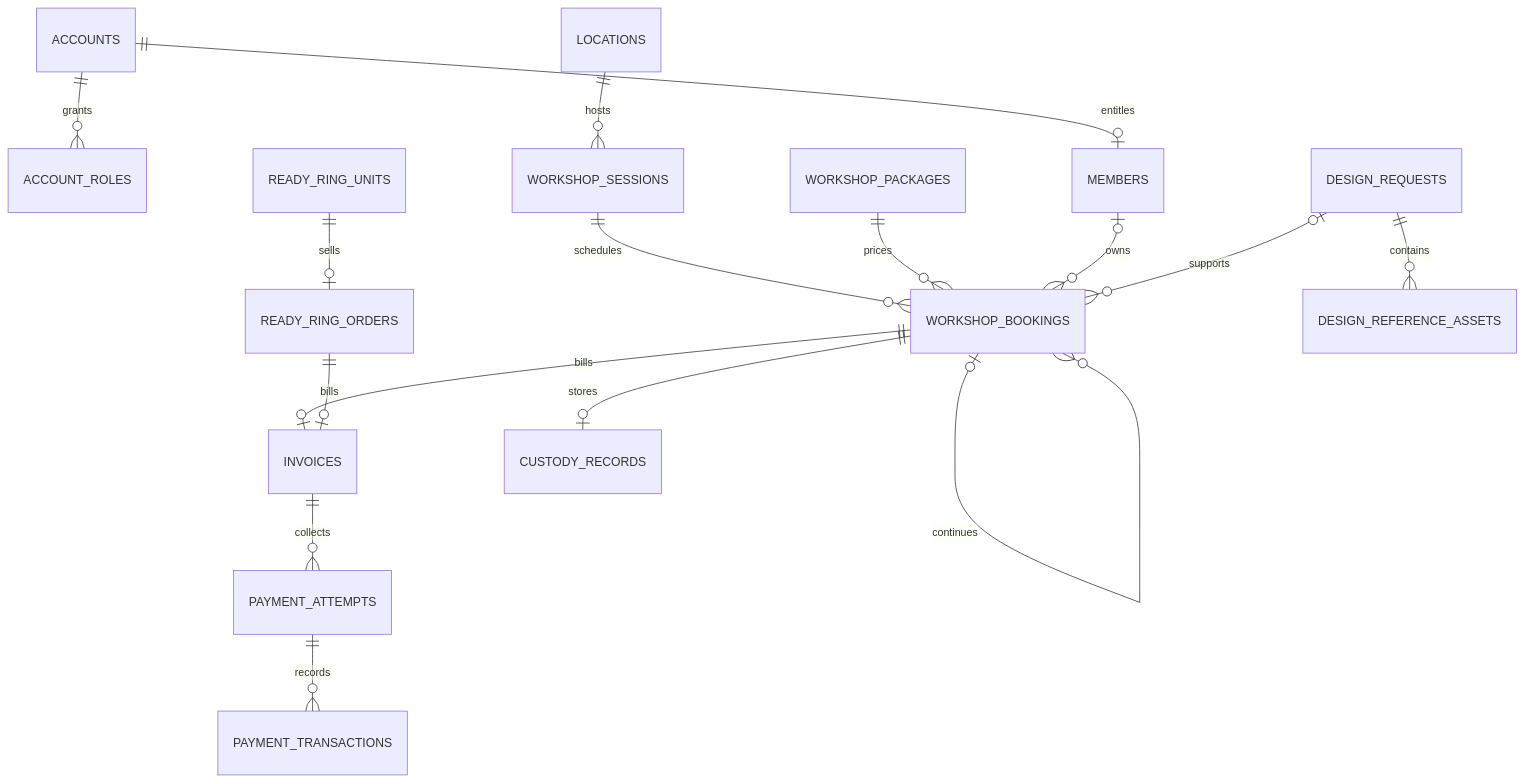
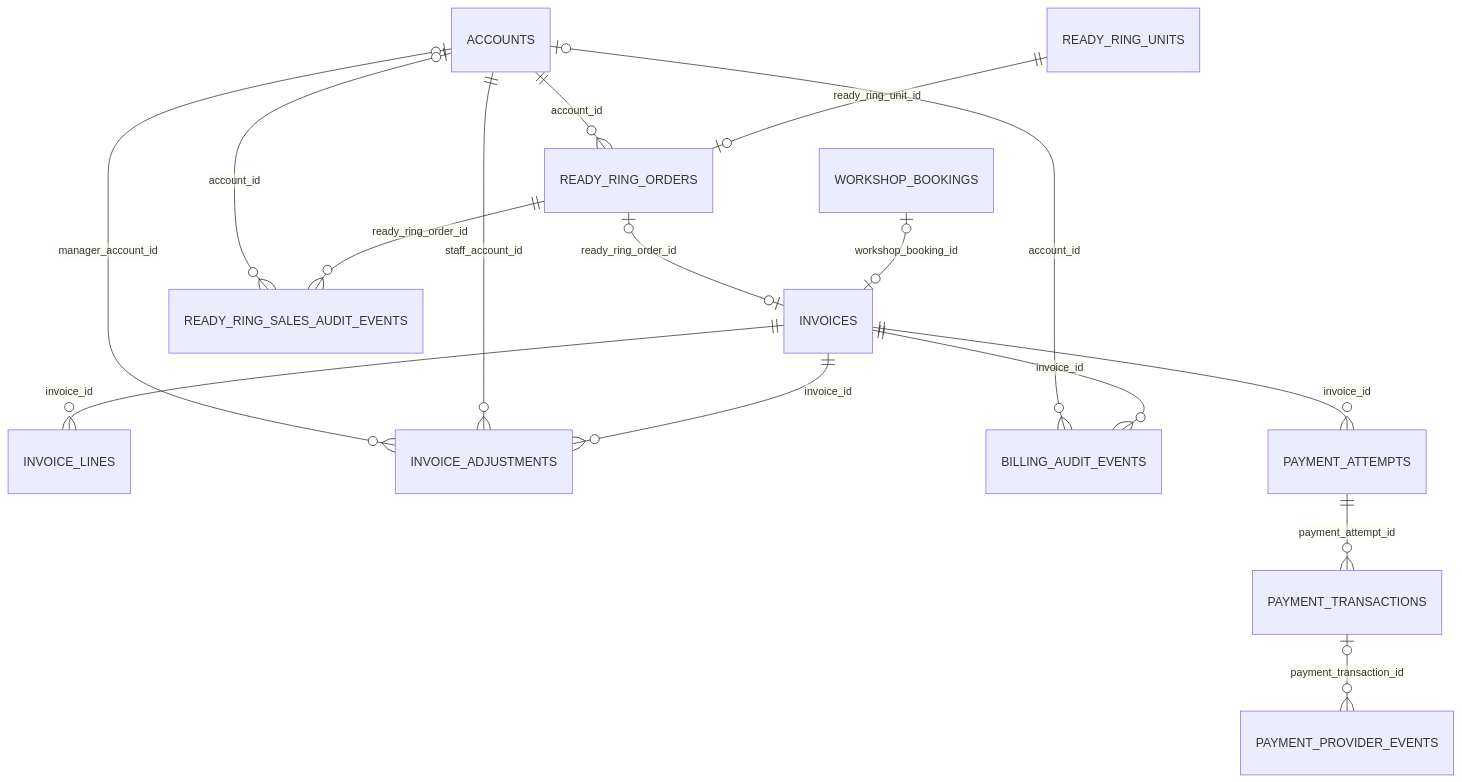
One commit to quoc-ca/mland-operations-hub changed the fifth of 7 diagrams in ppswbs-spec/DB.md. Above: the diagram before and after it, drawn with Mermaid. The commit also changed other lines of this file, not shown here.

Commit message:
Temp: redesign DB Schema

````diff
--- a/ppswbs-spec/DB.md
+++ b/ppswbs-spec/DB.md
@@ -256,18 +722,18 @@
-```mermaid
+~~~mermaid
 erDiagram
-    ACCOUNTS ||--o{ ACCOUNT_ROLES : grants
-    ACCOUNTS ||--o| MEMBERS : entitles
-    LOCATIONS ||--o{ WORKSHOP_SESSIONS : hosts
-    WORKSHOP_SESSIONS ||--o{ WORKSHOP_BOOKINGS : schedules
-    WORKSHOP_PACKAGES ||--o{ WORKSHOP_BOOKINGS : prices
-    MEMBERS o|--o{ WORKSHOP_BOOKINGS : owns
-    WORKSHOP_BOOKINGS o|--o{ WORKSHOP_BOOKINGS : continues
-    WORKSHOP_BOOKINGS ||--o| INVOICES : bills
-    READY_RING_UNITS ||--o| READY_RING_ORDERS : sells
-    READY_RING_ORDERS ||--o| INVOICES : bills
-    INVOICES ||--o{ PAYMENT_ATTEMPTS : collects
-    PAYMENT_ATTEMPTS ||--o{ PAYMENT_TRANSACTIONS : records
-    DESIGN_REQUESTS o|--o{ WORKSHOP_BOOKINGS : supports
-    DESIGN_REQUESTS ||--o{ DESIGN_REFERENCE_ASSETS : contains
-    WORKSHOP_BOOKINGS ||--o| CUSTODY_RECORDS : stores
-```
+    READY_RING_UNITS ||--o| READY_RING_ORDERS : ready_ring_unit_id
+    ACCOUNTS ||--o{ READY_RING_ORDERS : account_id
+    WORKSHOP_BOOKINGS o|--o| INVOICES : workshop_booking_id
+    READY_RING_ORDERS o|--o| INVOICES : ready_ring_order_id
+    INVOICES ||--o{ INVOICE_LINES : invoice_id
+    INVOICES ||--o{ INVOICE_ADJUSTMENTS : invoice_id
+    ACCOUNTS ||--o{ INVOICE_ADJUSTMENTS : staff_account_id
+    ACCOUNTS o|--o{ INVOICE_ADJUSTMENTS : manager_account_id
+    INVOICES ||--o{ BILLING_AUDIT_EVENTS : invoice_id
+    ACCOUNTS o|--o{ BILLING_AUDIT_EVENTS : account_id
+    INVOICES ||--o{ PAYMENT_ATTEMPTS : invoice_id
+    PAYMENT_ATTEMPTS ||--o{ PAYMENT_TRANSACTIONS : payment_attempt_id
+    PAYMENT_TRANSACTIONS o|--o{ PAYMENT_PROVIDER_EVENTS : payment_transaction_id
+    READY_RING_ORDERS ||--o{ READY_RING_SALES_AUDIT_EVENTS : ready_ring_order_id
+    ACCOUNTS o|--o{ READY_RING_SALES_AUDIT_EVENTS : account_id
+~~~
````
